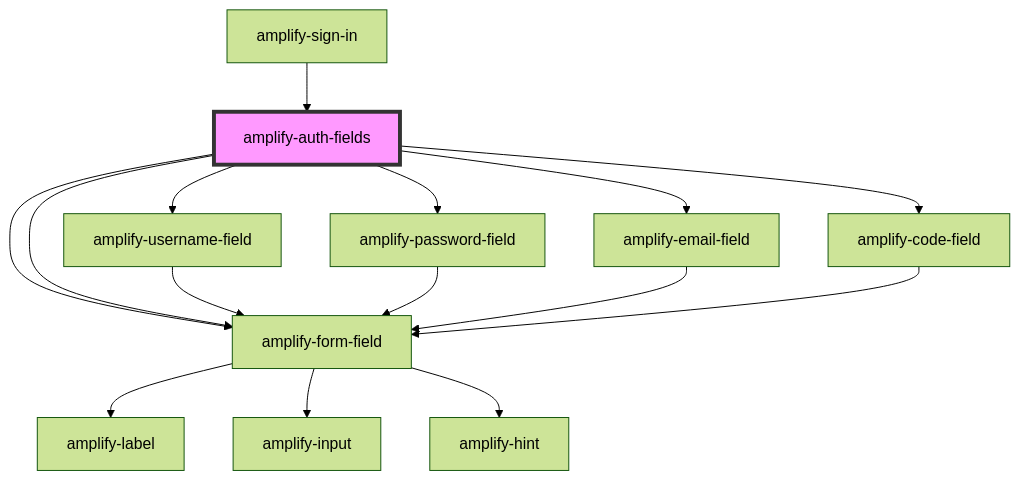
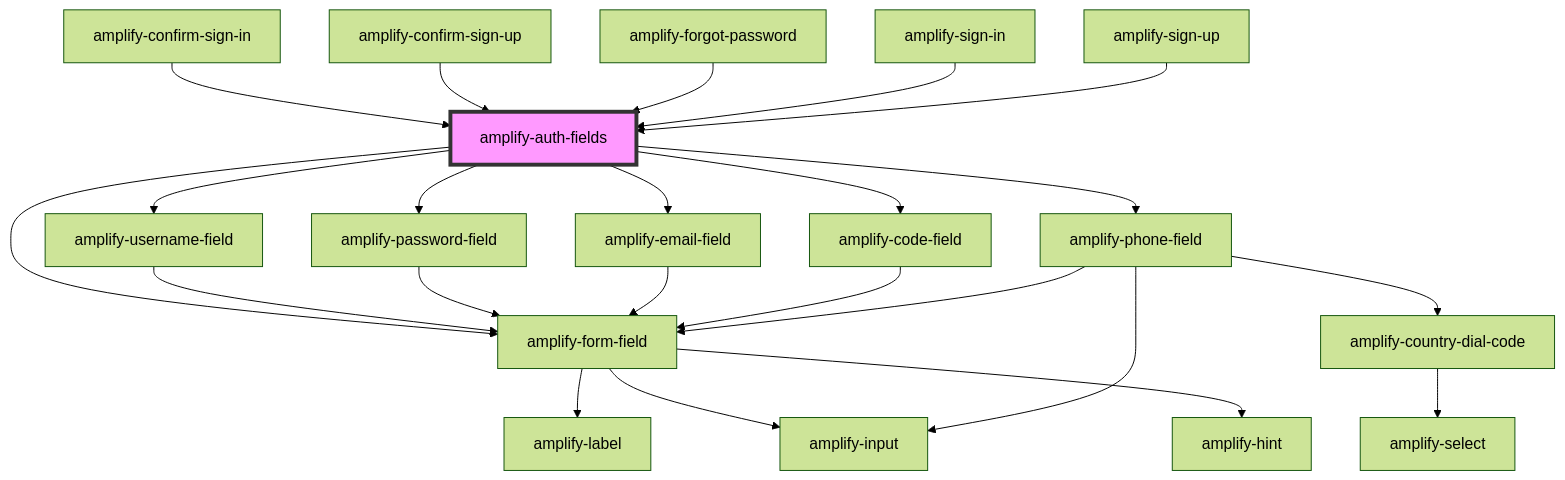
The diagram in packages/amplify-ui-components/src/components/amplify-auth-fields/readme.md (OneDev0411/amplify-js), drawn with Mermaid (forest theme) before and after one commit. The commit also changed other lines of this file and 241 other files, not shown here.

````diff
--- a/packages/amplify-ui-components/src/components/amplify-auth-fields/readme.md
+++ b/packages/amplify-ui-components/src/components/amplify-auth-fields/readme.md
@@ -31,18 +32,26 @@
 ```mermaid
 graph TD;
   amplify-auth-fields --> amplify-username-field
   amplify-auth-fields --> amplify-password-field
   amplify-auth-fields --> amplify-email-field
   amplify-auth-fields --> amplify-code-field
-  amplify-auth-fields --> amplify-form-field
+  amplify-auth-fields --> amplify-phone-field
   amplify-auth-fields --> amplify-form-field
   amplify-username-field --> amplify-form-field
   amplify-form-field --> amplify-label
   amplify-form-field --> amplify-input
   amplify-form-field --> amplify-hint
   amplify-password-field --> amplify-form-field
   amplify-email-field --> amplify-form-field
   amplify-code-field --> amplify-form-field
+  amplify-phone-field --> amplify-form-field
+  amplify-phone-field --> amplify-country-dial-code
+  amplify-phone-field --> amplify-input
+  amplify-country-dial-code --> amplify-select
+  amplify-confirm-sign-in --> amplify-auth-fields
+  amplify-confirm-sign-up --> amplify-auth-fields
+  amplify-forgot-password --> amplify-auth-fields
   amplify-sign-in --> amplify-auth-fields
+  amplify-sign-up --> amplify-auth-fields
   style amplify-auth-fields fill:#f9f,stroke:#333,stroke-width:4px
 ```
````
